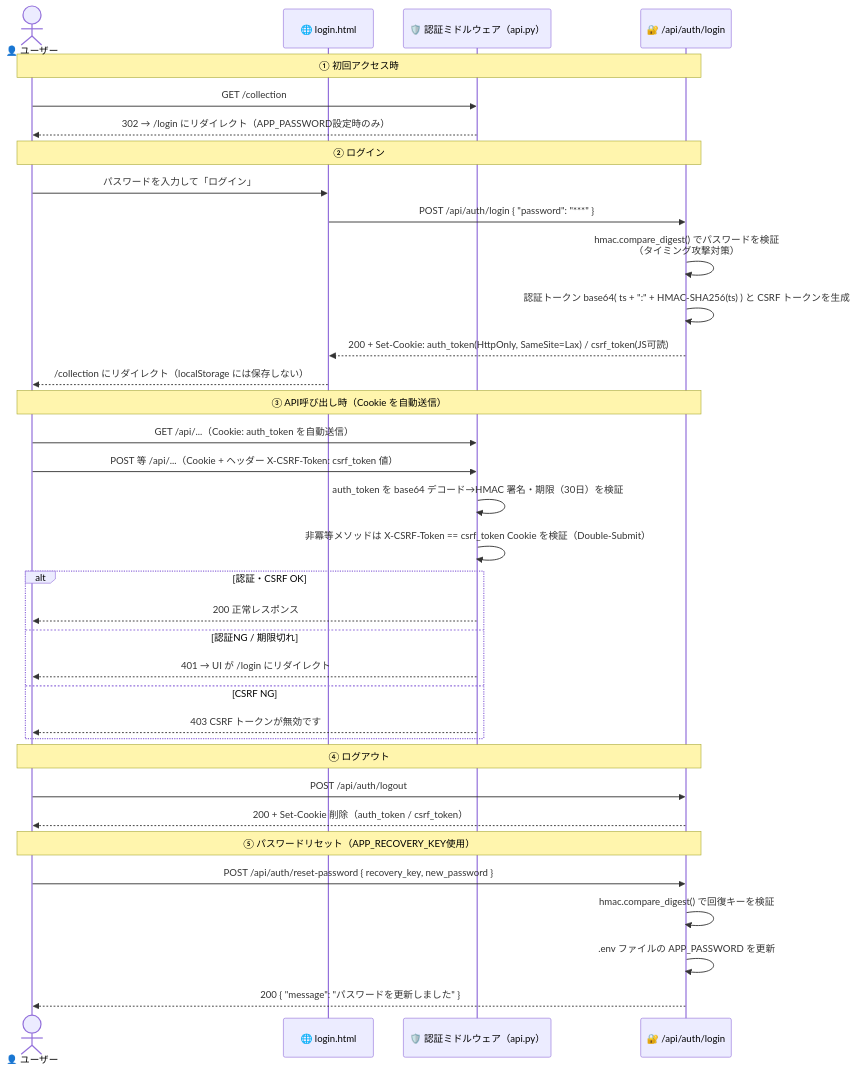
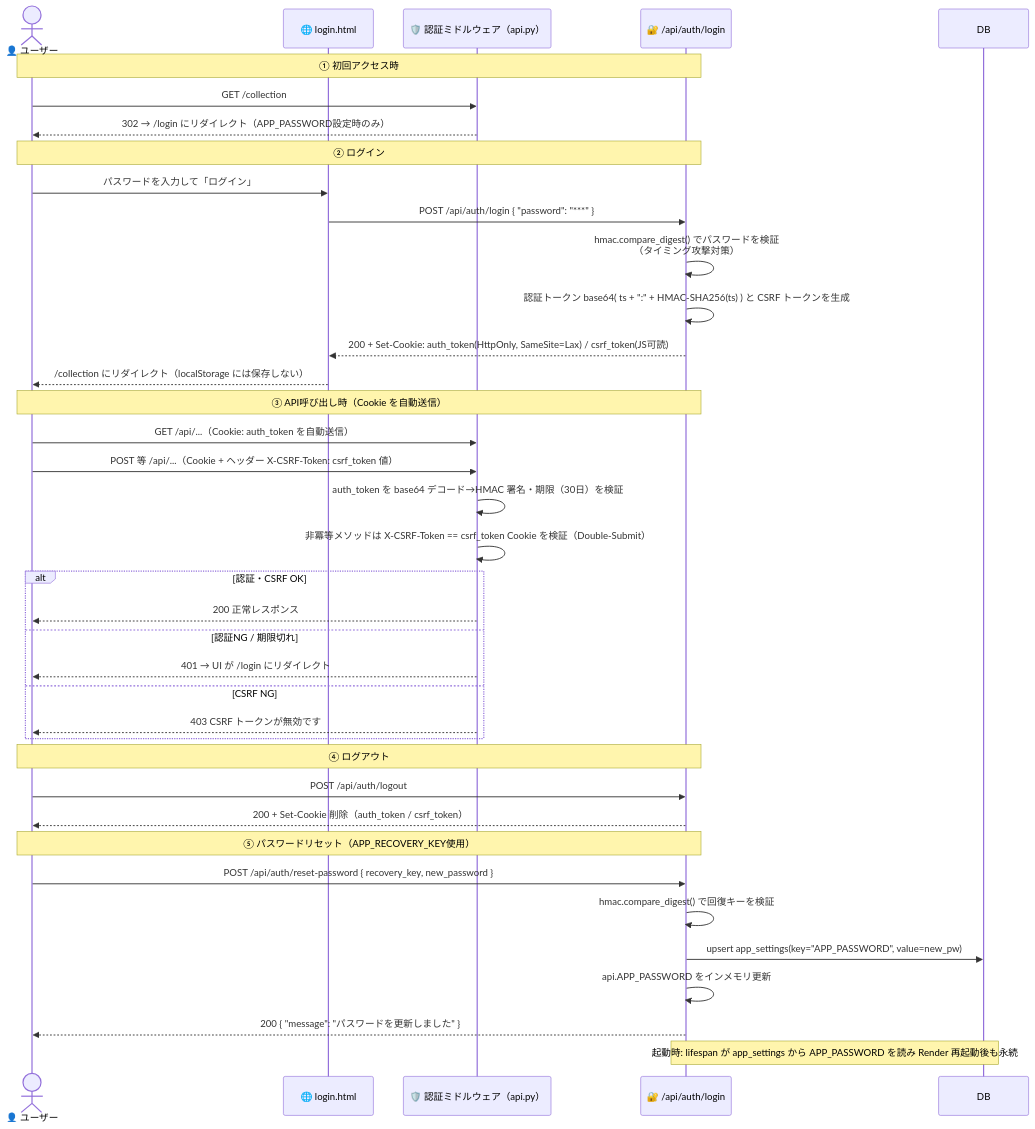
The fifth of 12 diagrams in docs/ARCHITECTURE.md (kome-kome/financial_app), drawn with Mermaid before and after one commit. The commit also changed other lines of this file and 4 other files, not shown here.

First line of the commit message:
fix(auth): パスワードリセットを app_settings テーブルへ永続化 (#247)

````diff
--- a/docs/ARCHITECTURE.md
+++ b/docs/ARCHITECTURE.md
@@ -393,42 +399,44 @@
 ```mermaid
 sequenceDiagram
     actor       User  as 👤 ユーザー
     participant UI    as 🌐 login.html
     participant MW    as 🛡️ 認証ミドルウェア（api.py）
     participant AUTH  as 🔐 /api/auth/login
 
     Note over User,AUTH: ① 初回アクセス時
     User ->> MW   : GET /collection
     MW  -->> User : 302 → /login にリダイレクト（APP_PASSWORD設定時のみ）
 
     Note over User,AUTH: ② ログイン
     User ->> UI   : パスワードを入力して「ログイン」
     UI   ->> AUTH : POST /api/auth/login { "password": "***" }
     AUTH ->> AUTH : hmac.compare_digest() でパスワードを検証<br/>（タイミング攻撃対策）
     AUTH ->> AUTH : 認証トークン base64( ts + ":" + HMAC-SHA256(ts) ) と CSRF トークンを生成
     AUTH -->> UI  : 200 + Set-Cookie: auth_token(HttpOnly, SameSite=Lax) / csrf_token(JS可読)
     UI  -->> User : /collection にリダイレクト（localStorage には保存しない）
 
     Note over User,AUTH: ③ API呼び出し時（Cookie を自動送信）
     User ->> MW   : GET /api/...（Cookie: auth_token を自動送信）
     User ->> MW   : POST 等 /api/...（Cookie + ヘッダー X-CSRF-Token: csrf_token 値）
     MW   ->> MW   : auth_token を base64 デコード→HMAC 署名・期限（30日）を検証
     MW   ->> MW   : 非冪等メソッドは X-CSRF-Token == csrf_token Cookie を検証（Double-Submit）
     alt 認証・CSRF OK
         MW -->> User : 200 正常レスポンス
     else 認証NG / 期限切れ
         MW -->> User : 401 → UI が /login にリダイレクト
     else CSRF NG
         MW -->> User : 403 CSRF トークンが無効です
     end
 
     Note over User,AUTH: ④ ログアウト
     User ->> AUTH : POST /api/auth/logout
     AUTH -->> User : 200 + Set-Cookie 削除（auth_token / csrf_token）
 
     Note over User,AUTH: ⑤ パスワードリセット（APP_RECOVERY_KEY使用）
     User ->> AUTH : POST /api/auth/reset-password { recovery_key, new_password }
     AUTH ->> AUTH : hmac.compare_digest() で回復キーを検証
-    AUTH ->> AUTH : .env ファイルの APP_PASSWORD を更新
+    AUTH ->> DB   : upsert app_settings(key="APP_PASSWORD", value=new_pw)
+    AUTH ->> AUTH : api.APP_PASSWORD をインメモリ更新
     AUTH -->> User : 200 { "message": "パスワードを更新しました" }
+    Note over AUTH,DB: 起動時: lifespan が app_settings から APP_PASSWORD を読み Render 再起動後も永続
 ```
````
